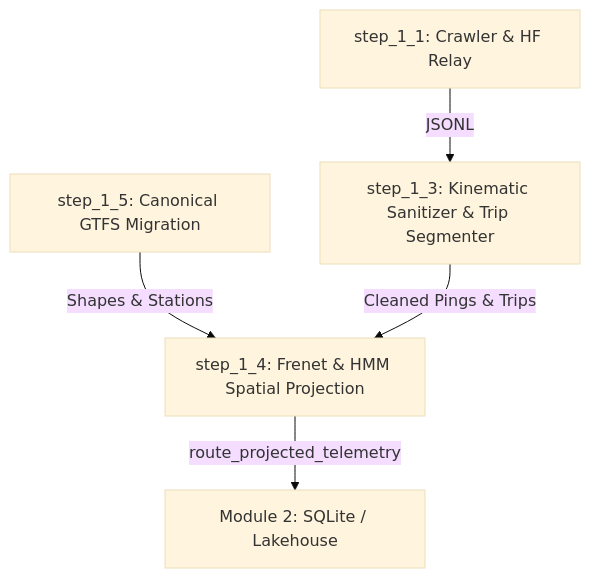
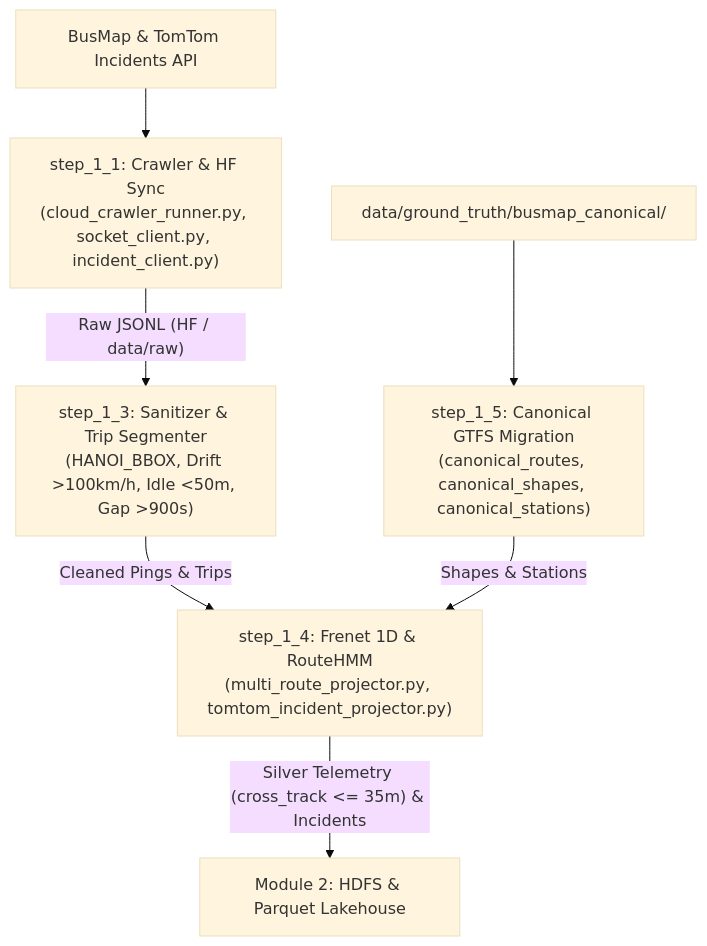
The diagram in module_1_data_ingestion_and_preprocessing/README.md (toibinguz/Bus_tracking), drawn with Mermaid (base theme) before and after one commit. The commit also changed 10 other files, not shown here.

Commit message:
docs: detail all vertical Mermaid diagrams and show Gold Baseline feeding ML training

````diff
--- a/module_1_data_ingestion_and_preprocessing/README.md
+++ b/module_1_data_ingestion_and_preprocessing/README.md
@@ -9,7 +9,9 @@
 ```mermaid
 flowchart TD
-    S11["step_1_1: Crawler & HF Relay"] -->|"JSONL"| S13["step_1_3: Kinematic Sanitizer & Trip Segmenter"]
-    S15["step_1_5: Canonical GTFS Migration"] -->|"Shapes & Stations"| S14["step_1_4: Frenet & HMM Spatial Projection"]
-    S13 -->|"Cleaned Pings & Trips"| S14
-    S14 -->|"route_projected_telemetry"| DB["Module 2: SQLite / Lakehouse"]
+    BM["BusMap & TomTom Incidents API"] --> S11["step_1_1: Crawler & HF Sync\n(cloud_crawler_runner.py, socket_client.py, incident_client.py)"]
+    S11 -->|"Raw JSONL (HF / data/raw)"| S13["step_1_3: Sanitizer & Trip Segmenter\n(HANOI_BBOX, Drift >100km/h, Idle <50m, Gap >900s)"]
+    GTFS["data/ground_truth/busmap_canonical/"] --> S15["step_1_5: Canonical GTFS Migration\n(canonical_routes, canonical_shapes, canonical_stations)"]
+    S13 -->|"Cleaned Pings & Trips"| S14["step_1_4: Frenet 1D & RouteHMM\n(multi_route_projector.py, tomtom_incident_projector.py)"]
+    S15 -->|"Shapes & Stations"| S14
+    S14 -->|"Silver Telemetry (cross_track <= 35m) & Incidents"| M2["Module 2: HDFS & Parquet Lakehouse"]
 ```
````
